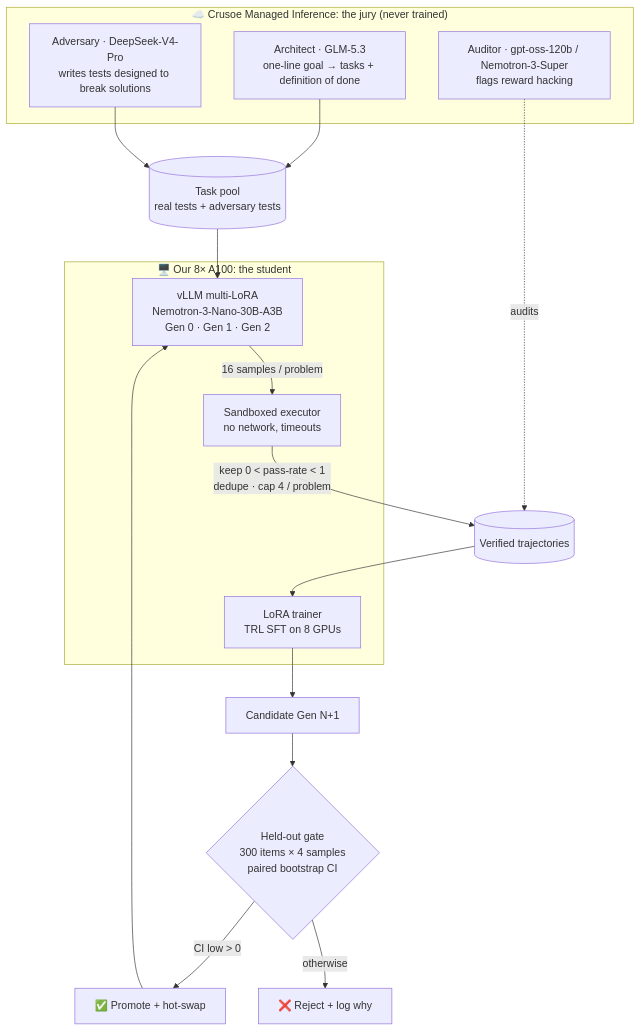
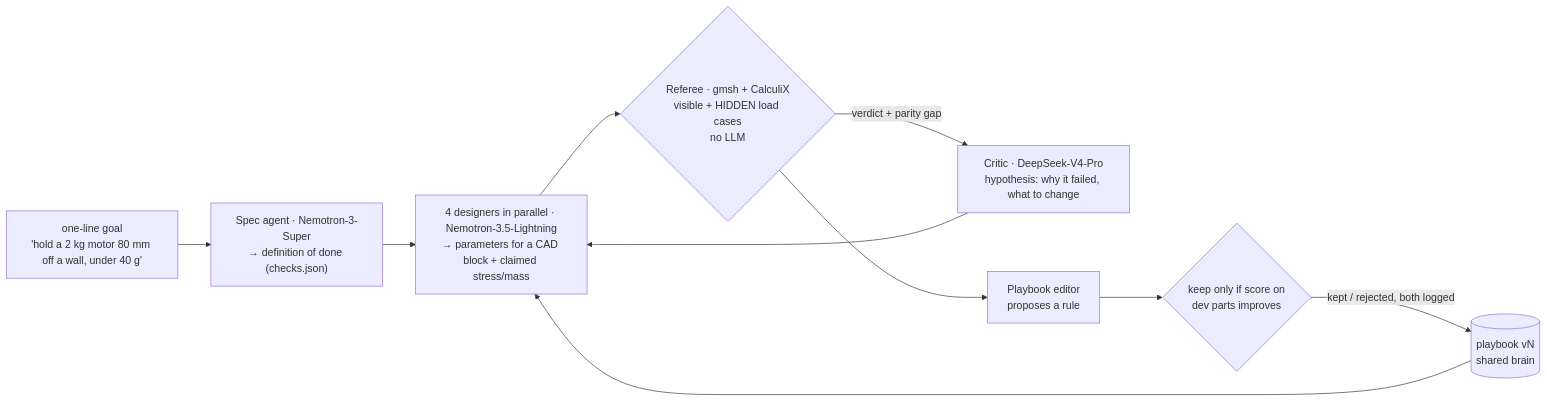
Before and after one commit to ptlnextdoor/ouroboros: the diagram in README.md, drawn with Mermaid. The commit also changed other lines of this file and 2 other files, not shown here.

````diff
--- a/README.md
+++ b/README.md
@@ -44,25 +20,12 @@
 ```mermaid
-flowchart TB
-  subgraph Crusoe["☁️ Crusoe Managed Inference: the jury (never trained)"]
-    ARCH["Architect · GLM-5.3<br/>one-line goal → tasks + definition of done"]
-    ADV["Adversary · DeepSeek-V4-Pro<br/>writes tests designed to break solutions"]
-    AUD["Auditor · gpt-oss-120b / Nemotron-3-Super<br/>flags reward hacking"]
-  end
-  subgraph Cluster["🖥️ Our 8× A100: the student"]
-    VLLM["vLLM multi-LoRA<br/>Nemotron-3-Nano-30B-A3B<br/>Gen 0 · Gen 1 · Gen 2"]
-    SBX["Sandboxed executor<br/>no network, timeouts"]
-    TRAIN["LoRA trainer<br/>TRL SFT on 8 GPUs"]
-  end
-  POOL[("Task pool<br/>real tests + adversary tests")]
-  ARCH --> POOL
-  ADV --> POOL
-  POOL --> VLLM
-  VLLM -->|16 samples / problem| SBX
-  SBX -->|"keep 0 < pass-rate < 1<br/>dedupe · cap 4 / problem"| DATA[("Verified trajectories")]
-  AUD -.audits.-> DATA
-  DATA --> TRAIN --> CAND["Candidate Gen N+1"]
-  CAND --> GATE{"Held-out gate<br/>300 items × 4 samples<br/>paired bootstrap CI"}
-  GATE -->|"CI low > 0"| PROMOTE["✅ Promote + hot-swap"]
-  GATE -->|otherwise| REJECT["❌ Reject + log why"]
-  PROMOTE --> VLLM
+flowchart LR
+  G["one-line goal<br/>'hold a 2 kg motor 80 mm off a wall, under 40 g'"] --> S["Spec agent · Nemotron-3-Super<br/>→ definition of done (checks.json)"]
+  S --> D["4 designers in parallel · Nemotron-3.5-Lightning<br/>→ parameters for a CAD block + claimed stress/mass"]
+  D --> R{"Referee · gmsh + CalculiX<br/>visible + HIDDEN load cases<br/>no LLM"}
+  R -->|verdict + parity gap| C["Critic · DeepSeek-V4-Pro<br/>hypothesis: why it failed, what to change"]
+  C --> D
+  R --> P["Playbook editor<br/>proposes a rule"]
+  P --> GATE{"keep only if score on<br/>dev parts improves"}
+  GATE -->|kept / rejected, both logged| PB[("playbook vN<br/>shared brain")]
+  PB --> D
 ```
````
